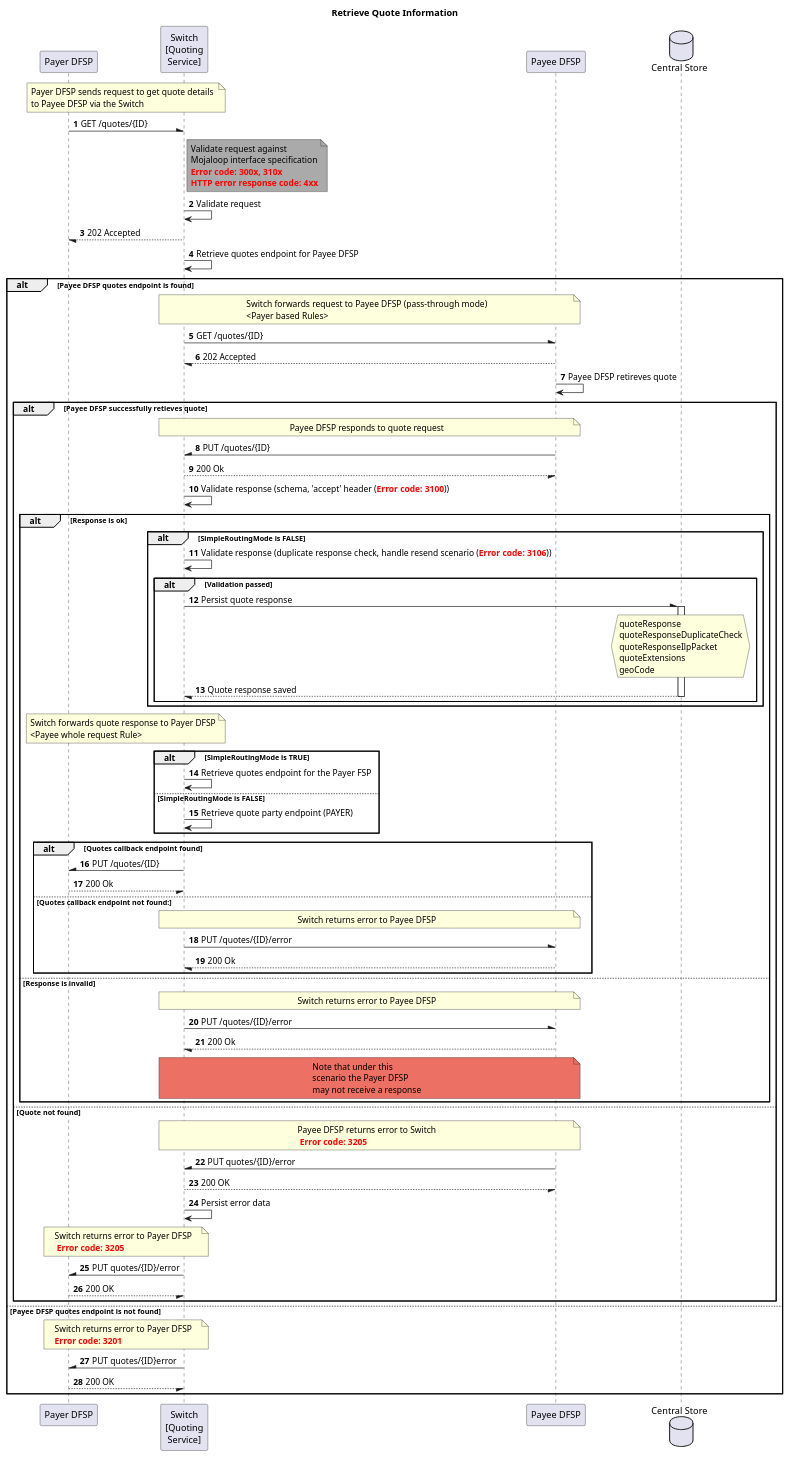
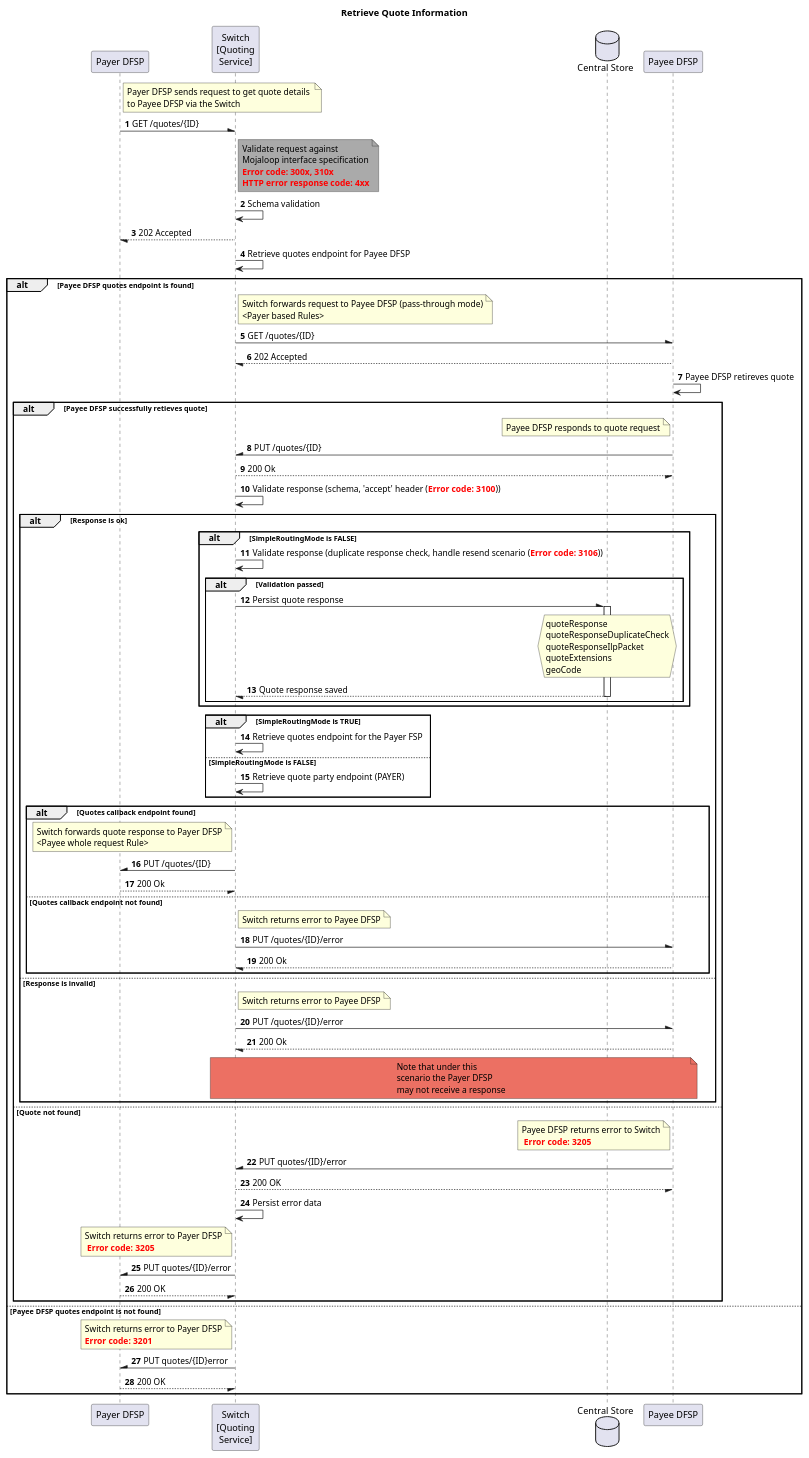
The diagram in mojaloop-technical-overview/quoting-service/assets/diagrams/sequence/seq-get-quotes-1.1.0.plantuml (mojaloop/documentation), drawn with PlantUML before and after one commit. The commit also changed 1 other file, not shown here.

Commit message:
Add POST /quotes sd

```diff
--- a/mojaloop-technical-overview/quoting-service/assets/diagrams/sequence/seq-get-quotes-1.1.0.plantuml
+++ b/mojaloop-technical-overview/quoting-service/assets/diagrams/sequence/seq-get-quotes-1.1.0.plantuml
@@ -1,84 +1,84 @@
 @startuml
 Title Retrieve Quote Information
 participant "Payer DFSP" as PayerDFSP
 participant "Switch\n[Quoting\nService]" as Switch
+database "Central Store" as DB
 participant "Payee DFSP" as PayeeDFSP
-database "Central Store" as DB
 autonumber
-note over PayerDFSP, Switch: Payer DFSP sends request to get quote details \nto Payee DFSP via the Switch
+note right of PayerDFSP: Payer DFSP sends request to get quote details \nto Payee DFSP via the Switch
 PayerDFSP -\ Switch: GET /quotes/{ID}
 note right of Switch #aaa
     Validate request against 
     Mojaloop interface specification
     **<color #red>Error code: 300x, 310x</color>**
     **<color #red>HTTP error response code: 4xx</color>**
 end note
-Switch -> Switch: Validate request
+Switch -> Switch: Schema validation
 PayerDFSP \-- Switch: 202 Accepted
 Switch -> Switch: Retrieve quotes endpoint for Payee DFSP
 alt Payee DFSP quotes endpoint is found
-    note over Switch, PayeeDFSP: Switch forwards request to Payee DFSP (pass-through mode)\n<Payer based Rules> 
+    note right of Switch: Switch forwards request to Payee DFSP (pass-through mode)\n<Payer based Rules> 
     Switch -\ PayeeDFSP: GET /quotes/{ID}
     PayeeDFSP --/ Switch: 202 Accepted
     PayeeDFSP -> PayeeDFSP: Payee DFSP retireves quote
     alt Payee DFSP successfully retieves quote
-        note over PayeeDFSP, Switch: Payee DFSP responds to quote request
+        note left of PayeeDFSP: Payee DFSP responds to quote request
         PayeeDFSP -\ Switch: PUT /quotes/{ID}
         Switch --/ PayeeDFSP: 200 Ok
         Switch -> Switch: Validate response (schema, 'accept' header (<color #red>**Error code: 3100**</color>))
         alt Response is ok
             alt SimpleRoutingMode is FALSE
                 Switch -> Switch: Validate response (duplicate response check, handle resend scenario (<color #red>**Error code: 3106**</color>))
                 alt Validation passed
                     Switch -\ DB: Persist quote response
                     activate DB
                         hnote over DB
                             quoteResponse
                             quoteResponseDuplicateCheck
                             quoteResponseIlpPacket
                             quoteExtensions
                             geoCode
                         end hnote
                     Switch \-- DB: Quote response saved
                     deactivate DB
                 end
             end
-            note over Switch, PayerDFSP: Switch forwards quote response to Payer DFSP\n<Payee \ whole request Rule>
             alt SimpleRoutingMode is TRUE
                 Switch -> Switch: Retrieve quotes endpoint for the Payer FSP
             else SimpleRoutingMode is FALSE
                 Switch -> Switch: Retrieve quote party endpoint (PAYER)
             end
             alt Quotes callback endpoint found
+                note left of Switch: Switch forwards quote response to Payer DFSP\n<Payee \ whole request Rule>
                 Switch -\ PayerDFSP: PUT /quotes/{ID}
                 PayerDFSP --/ Switch: 200 Ok    
-            else Quotes callback endpoint not found:
-                 note over Switch, PayeeDFSP: Switch returns error to Payee DFSP
+            else Quotes callback endpoint not found
+                note right of Switch: Switch returns error to Payee DFSP
                 Switch -\ PayeeDFSP: PUT /quotes/{ID}/error
                 PayeeDFSP --/ Switch : 200 Ok
             end
         else Response is invalid
-            note over Switch, PayeeDFSP: Switch returns error to Payee DFSP
+            note right of Switch: Switch returns error to Payee DFSP
             Switch -\ PayeeDFSP: PUT /quotes/{ID}/error
             PayeeDFSP --/ Switch : 200 Ok
             note over Switch, PayeeDFSP #ec7063: Note that under this\nscenario the Payer DFSP\nmay not receive a response
         end
 
     else Quote not found
-        note over PayeeDFSP, Switch: Payee DFSP returns error to Switch\n <color #red>**Error code: 3205**</color>
+        note left of PayeeDFSP: Payee DFSP returns error to Switch\n <color #red>**Error code: 3205**</color>
         PayeeDFSP -\ Switch: PUT quotes/{ID}/error
         Switch --/ PayeeDFSP: 200 OK
         Switch -> Switch: Persist error data
-        note over PayerDFSP, Switch: Switch returns error to Payer DFSP\n <color #red>**Error code: 3205**</color>
+        note left of Switch: Switch returns error to Payer DFSP\n <color #red>**Error code: 3205**</color>
         Switch -\ PayerDFSP: PUT quotes/{ID}/error
         PayerDFSP --/ Switch: 200 OK
     end
 else Payee DFSP quotes endpoint is not found
-    note over PayerDFSP, Switch
+    note left of Switch
         Switch returns error to Payer DFSP
         **<color #red>Error code: 3201</color>**
     end note
     PayerDFSP /- Switch: PUT quotes/{ID}error
     PayerDFSP --/ Switch: 200 OK
 end
 @enduml
```
